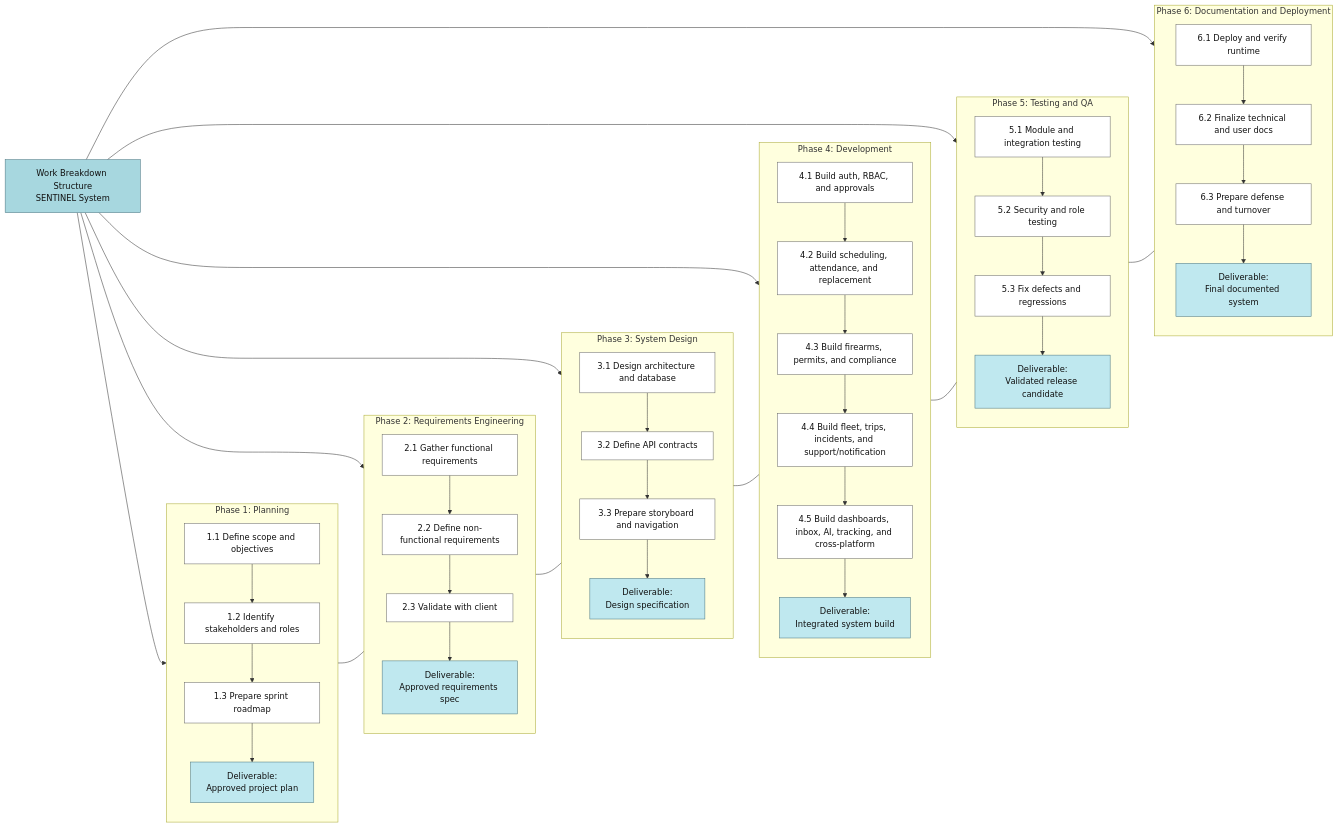
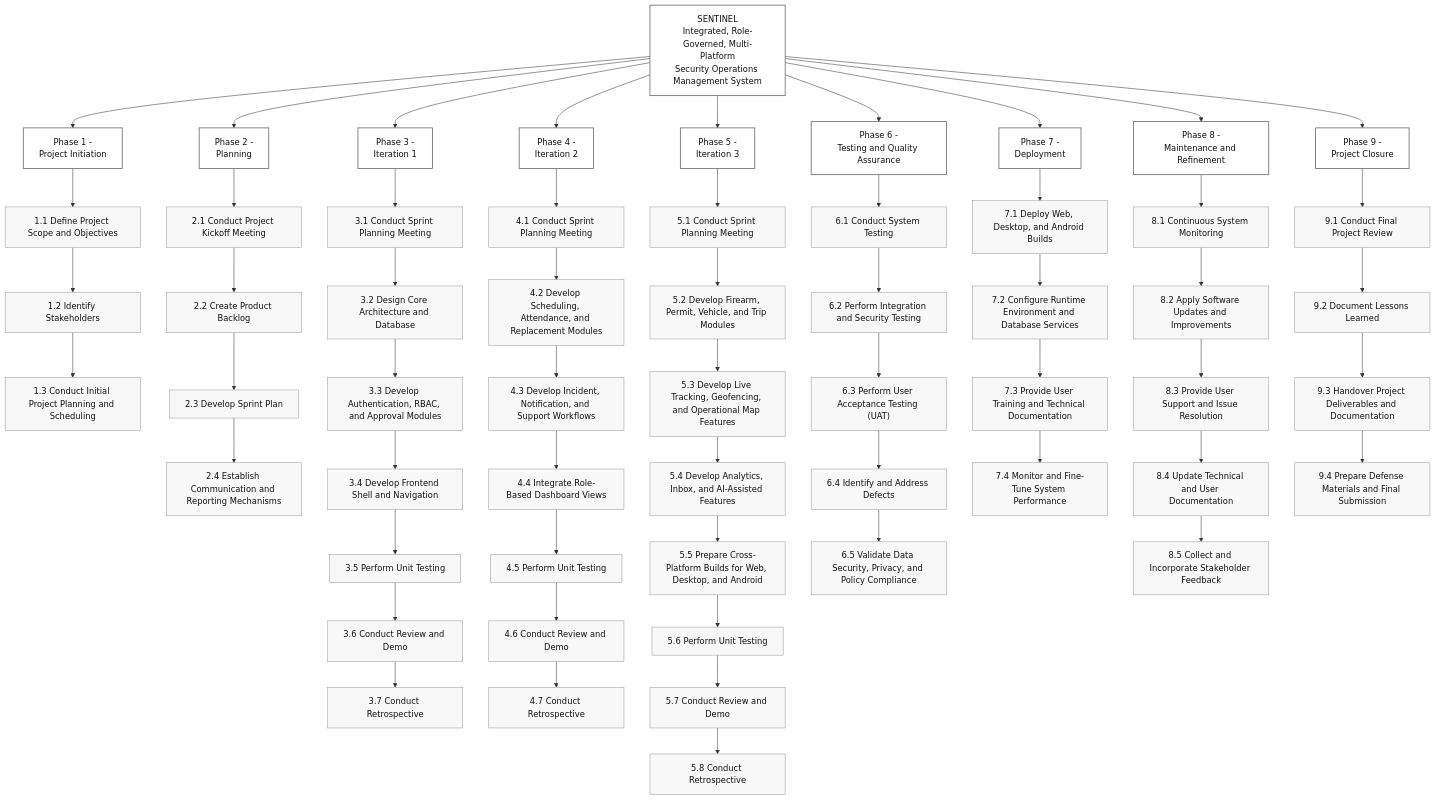
Before and after one commit to dwaytu/Capstone-Main: the first of 6 diagrams in SENTINEL - Group 8.md, drawn with Mermaid. The commit also changed other lines of this file, not shown here.

Commit message:
docs: refine project objectives and update WBS with detailed phases and activities

````diff
--- a/SENTINEL - Group 8.md
+++ b/SENTINEL - Group 8.md
@@ -968,62 +968,6 @@
 ```mermaid
-flowchart LR
-	ROOT["Work Breakdown Structure\nSENTINEL System"]
-
-	subgraph P1["Phase 1: Planning"]
-		direction TB
-		P1_1["1.1 Define scope and objectives"]
-		P1_2["1.2 Identify stakeholders and roles"]
-		P1_3["1.3 Prepare sprint roadmap"]
-		P1_D["Deliverable:\nApproved project plan"]
-		P1_1 --> P1_2 --> P1_3 --> P1_D
-	end
-
-	subgraph P2["Phase 2: Requirements Engineering"]
-		direction TB
-		P2_1["2.1 Gather functional requirements"]
-		P2_2["2.2 Define non-functional requirements"]
-		P2_3["2.3 Validate with client"]
-		P2_D["Deliverable:\nApproved requirements spec"]
-		P2_1 --> P2_2 --> P2_3 --> P2_D
-	end
-
-	subgraph P3["Phase 3: System Design"]
-		direction TB
-		P3_1["3.1 Design architecture and database"]
-		P3_2["3.2 Define API contracts"]
-		P3_3["3.3 Prepare storyboard and navigation"]
-		P3_D["Deliverable:\nDesign specification"]
-		P3_1 --> P3_2 --> P3_3 --> P3_D
-	end
-
-	subgraph P4["Phase 4: Development"]
-		direction TB
-		P4_1["4.1 Build auth, RBAC, and approvals"]
-		P4_2["4.2 Build scheduling, attendance, and replacement"]
-		P4_3["4.3 Build firearms, permits, and compliance"]
-		P4_4["4.4 Build fleet, trips, incidents, and support/notification"]
-		P4_5["4.5 Build dashboards, inbox, AI, tracking, and cross-platform"]
-		P4_D["Deliverable:\nIntegrated system build"]
-		P4_1 --> P4_2 --> P4_3 --> P4_4 --> P4_5 --> P4_D
-	end
-
-	subgraph P5["Phase 5: Testing and QA"]
-		direction TB
-		P5_1["5.1 Module and integration testing"]
-		P5_2["5.2 Security and role testing"]
-		P5_3["5.3 Fix defects and regressions"]
-		P5_D["Deliverable:\nValidated release candidate"]
-		P5_1 --> P5_2 --> P5_3 --> P5_D
-	end
-
-	subgraph P6["Phase 6: Documentation and Deployment"]
-		direction TB
-		P6_1["6.1 Deploy and verify runtime"]
-		P6_2["6.2 Finalize technical and user docs"]
-		P6_3["6.3 Prepare defense and turnover"]
-		P6_D["Deliverable:\nFinal documented system"]
-		P6_1 --> P6_2 --> P6_3 --> P6_D
-	end
+flowchart TB
+	ROOT["SENTINEL<br/>Integrated, Role-Governed, Multi-Platform<br/>Security Operations Management System"]
 
 	ROOT --> P1
 	ROOT --> P2
@@ -1031,14 +975,80 @@
 	ROOT --> P4
 	ROOT --> P5
 	ROOT --> P6
+	ROOT --> P7
+	ROOT --> P8
+	ROOT --> P9
 
-	P1 --- P2 --- P3 --- P4 --- P5 --- P6
+	P1["Phase 1 -<br/>Project Initiation"]
+	P1 --> P1_1["1.1 Define Project Scope and Objectives"]
+	P1_1 --> P1_2["1.2 Identify Stakeholders"]
+	P1_2 --> P1_3["1.3 Conduct Initial Project Planning and Scheduling"]
 
-	classDef head fill:#a7d7df,stroke:#4c7680,color:#111,stroke-width:1px;
-	classDef task fill:#ffffff,stroke:#6a6a6a,color:#111,stroke-width:1px;
-	classDef out fill:#bfe8ef,stroke:#4c7680,color:#111,stroke-width:1px;
+	P2["Phase 2 -<br/>Planning"]
+	P2 --> P2_1["2.1 Conduct Project Kickoff Meeting"]
+	P2_1 --> P2_2["2.2 Create Product Backlog"]
+	P2_2 --> P2_3["2.3 Develop Sprint Plan"]
+	P2_3 --> P2_4["2.4 Establish Communication and Reporting Mechanisms"]
 
-	class ROOT head;
-	class P1_1,P1_2,P1_3,P2_1,P2_2,P2_3,P3_1,P3_2,P3_3,P4_1,P4_2,P4_3,P4_4,P4_5,P5_1,P5_2,P5_3,P6_1,P6_2,P6_3 task;
-	class P1_D,P2_D,P3_D,P4_D,P5_D,P6_D out;
+	P3["Phase 3 -<br/>Iteration 1"]
+	P3 --> P3_1["3.1 Conduct Sprint Planning Meeting"]
+	P3_1 --> P3_2["3.2 Design Core Architecture and Database"]
+	P3_2 --> P3_3["3.3 Develop Authentication, RBAC, and Approval Modules"]
+	P3_3 --> P3_4["3.4 Develop Frontend Shell and Navigation"]
+	P3_4 --> P3_5["3.5 Perform Unit Testing"]
+	P3_5 --> P3_6["3.6 Conduct Review and Demo"]
+	P3_6 --> P3_7["3.7 Conduct Retrospective"]
+
+	P4["Phase 4 -<br/>Iteration 2"]
+	P4 --> P4_1["4.1 Conduct Sprint Planning Meeting"]
+	P4_1 --> P4_2["4.2 Develop Scheduling, Attendance, and Replacement Modules"]
+	P4_2 --> P4_3["4.3 Develop Incident, Notification, and Support Workflows"]
+	P4_3 --> P4_4["4.4 Integrate Role-Based Dashboard Views"]
+	P4_4 --> P4_5["4.5 Perform Unit Testing"]
+	P4_5 --> P4_6["4.6 Conduct Review and Demo"]
+	P4_6 --> P4_7["4.7 Conduct Retrospective"]
+
+	P5["Phase 5 -<br/>Iteration 3"]
+	P5 --> P5_1["5.1 Conduct Sprint Planning Meeting"]
+	P5_1 --> P5_2["5.2 Develop Firearm, Permit, Vehicle, and Trip Modules"]
+	P5_2 --> P5_3["5.3 Develop Live Tracking, Geofencing, and Operational Map Features"]
+	P5_3 --> P5_4["5.4 Develop Analytics, Inbox, and AI-Assisted Features"]
+	P5_4 --> P5_5["5.5 Prepare Cross-Platform Builds for Web, Desktop, and Android"]
+	P5_5 --> P5_6["5.6 Perform Unit Testing"]
+	P5_6 --> P5_7["5.7 Conduct Review and Demo"]
+	P5_7 --> P5_8["5.8 Conduct Retrospective"]
+
+	P6["Phase 6 -<br/>Testing and Quality Assurance"]
+	P6 --> P6_1["6.1 Conduct System Testing"]
+	P6_1 --> P6_2["6.2 Perform Integration and Security Testing"]
+	P6_2 --> P6_3["6.3 Perform User Acceptance Testing (UAT)"]
+	P6_3 --> P6_4["6.4 Identify and Address Defects"]
+	P6_4 --> P6_5["6.5 Validate Data Security, Privacy, and Policy Compliance"]
+
+	P7["Phase 7 -<br/>Deployment"]
+	P7 --> P7_1["7.1 Deploy Web, Desktop, and Android Builds"]
+	P7_1 --> P7_2["7.2 Configure Runtime Environment and Database Services"]
+	P7_2 --> P7_3["7.3 Provide User Training and Technical Documentation"]
+	P7_3 --> P7_4["7.4 Monitor and Fine-Tune System Performance"]
+
+	P8["Phase 8 -<br/>Maintenance and Refinement"]
+	P8 --> P8_1["8.1 Continuous System Monitoring"]
+	P8_1 --> P8_2["8.2 Apply Software Updates and Improvements"]
+	P8_2 --> P8_3["8.3 Provide User Support and Issue Resolution"]
+	P8_3 --> P8_4["8.4 Update Technical and User Documentation"]
+	P8_4 --> P8_5["8.5 Collect and Incorporate Stakeholder Feedback"]
+
+	P9["Phase 9 -<br/>Project Closure"]
+	P9 --> P9_1["9.1 Conduct Final Project Review"]
+	P9_1 --> P9_2["9.2 Document Lessons Learned"]
+	P9_2 --> P9_3["9.3 Handover Project Deliverables and Documentation"]
+	P9_3 --> P9_4["9.4 Prepare Defense Materials and Final Submission"]
+
+	classDef root fill:#ffffff,stroke:#666,color:#111,stroke-width:1.5px;
+	classDef phase fill:#ffffff,stroke:#666,color:#111,stroke-width:1.5px;
+	classDef task fill:#f8f8f8,stroke:#999,color:#111,stroke-width:1px;
+
+	class ROOT root;
+	class P1,P2,P3,P4,P5,P6,P7,P8,P9 phase;
+	class P1_1,P1_2,P1_3,P2_1,P2_2,P2_3,P2_4,P3_1,P3_2,P3_3,P3_4,P3_5,P3_6,P3_7,P4_1,P4_2,P4_3,P4_4,P4_5,P4_6,P4_7,P5_1,P5_2,P5_3,P5_4,P5_5,P5_6,P5_7,P5_8,P6_1,P6_2,P6_3,P6_4,P6_5,P7_1,P7_2,P7_3,P7_4,P8_1,P8_2,P8_3,P8_4,P8_5,P9_1,P9_2,P9_3,P9_4 task;
 ```
````
